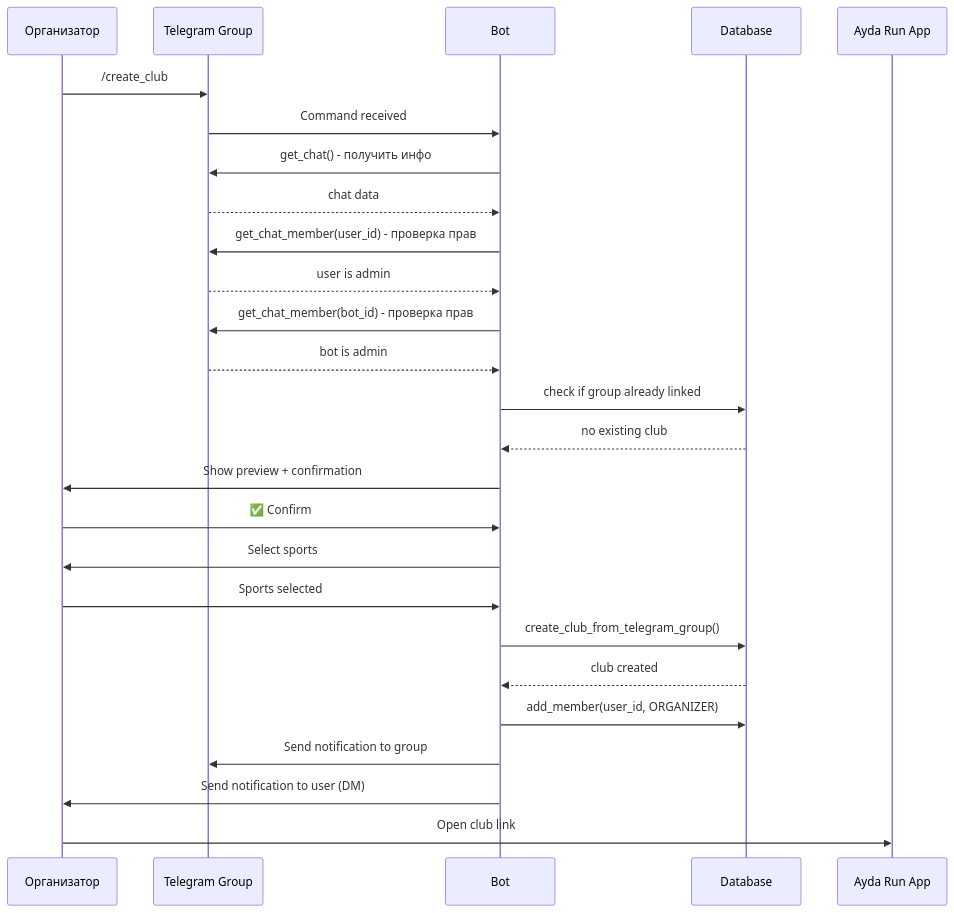
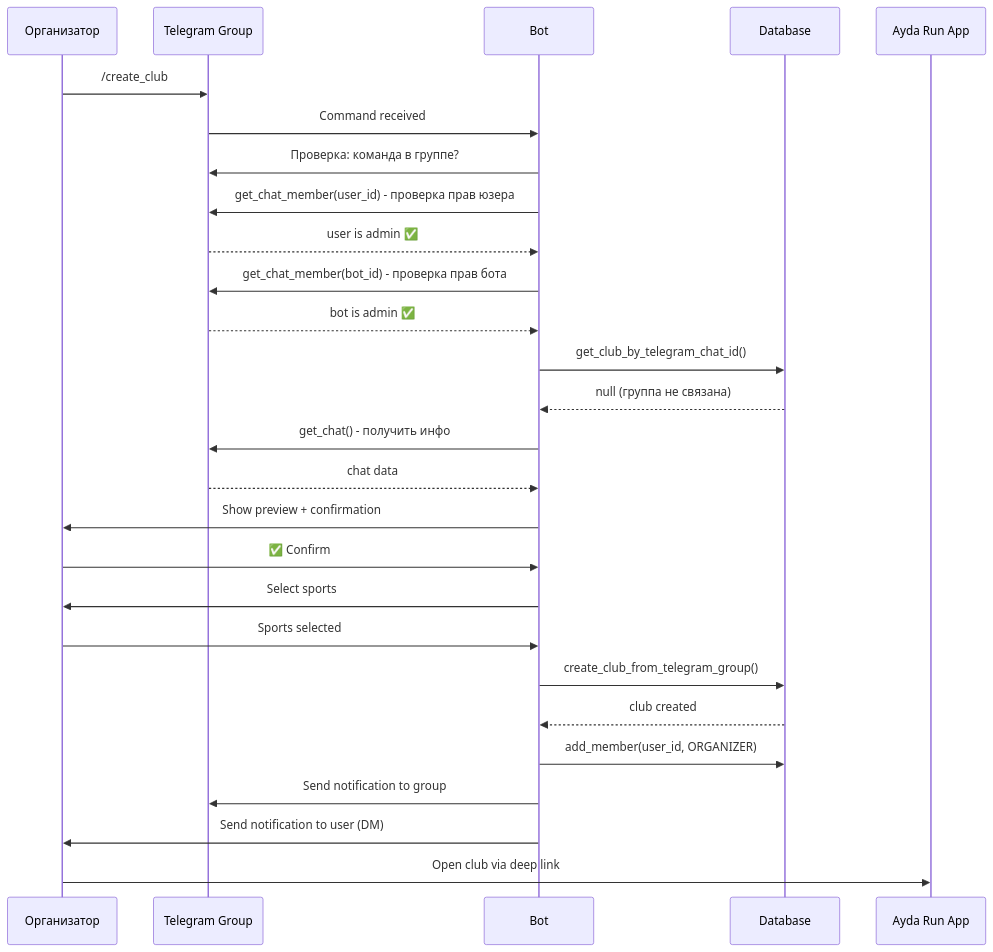
Before and after one commit to renatmannanov/ayda_run_v2: the diagram in docs/next_steps/TELEGRAM_GROUP_INTEGRATION_PLAN.md, drawn with Mermaid. The commit also changed other lines of this file and 3 other files, not shown here.

First line of the commit message:
feat(bot): implement Phase 1 - TelegramGroupParser for group integration

````diff
--- a/docs/next_steps/TELEGRAM_GROUP_INTEGRATION_PLAN.md
+++ b/docs/next_steps/TELEGRAM_GROUP_INTEGRATION_PLAN.md
@@ -789,39 +1132,40 @@
 ```mermaid
 sequenceDiagram
     participant U as Организатор
     participant TG as Telegram Group
     participant B as Bot
     participant DB as Database
     participant APP as Ayda Run App
 
     U->>TG: /create_club
     TG->>B: Command received
 
+    B->>TG: Проверка: команда в группе?
+    B->>TG: get_chat_member(user_id) - проверка прав юзера
+    TG-->>B: user is admin ✅
+
+    B->>TG: get_chat_member(bot_id) - проверка прав бота
+    TG-->>B: bot is admin ✅
+
+    B->>DB: get_club_by_telegram_chat_id()
+    DB-->>B: null (группа не связана)
+
     B->>TG: get_chat() - получить инфо
     TG-->>B: chat data
-
-    B->>TG: get_chat_member(user_id) - проверка прав
-    TG-->>B: user is admin
-
-    B->>TG: get_chat_member(bot_id) - проверка прав
-    TG-->>B: bot is admin
-
-    B->>DB: check if group already linked
-    DB-->>B: no existing club
 
     B->>U: Show preview + confirmation
     U->>B: ✅ Confirm
 
     B->>U: Select sports
     U->>B: Sports selected
 
     B->>DB: create_club_from_telegram_group()
     DB-->>B: club created
 
     B->>DB: add_member(user_id, ORGANIZER)
 
     B->>TG: Send notification to group
     B->>U: Send notification to user (DM)
 
-    U->>APP: Open club link
+    U->>APP: Open club via deep link
 ```
````
